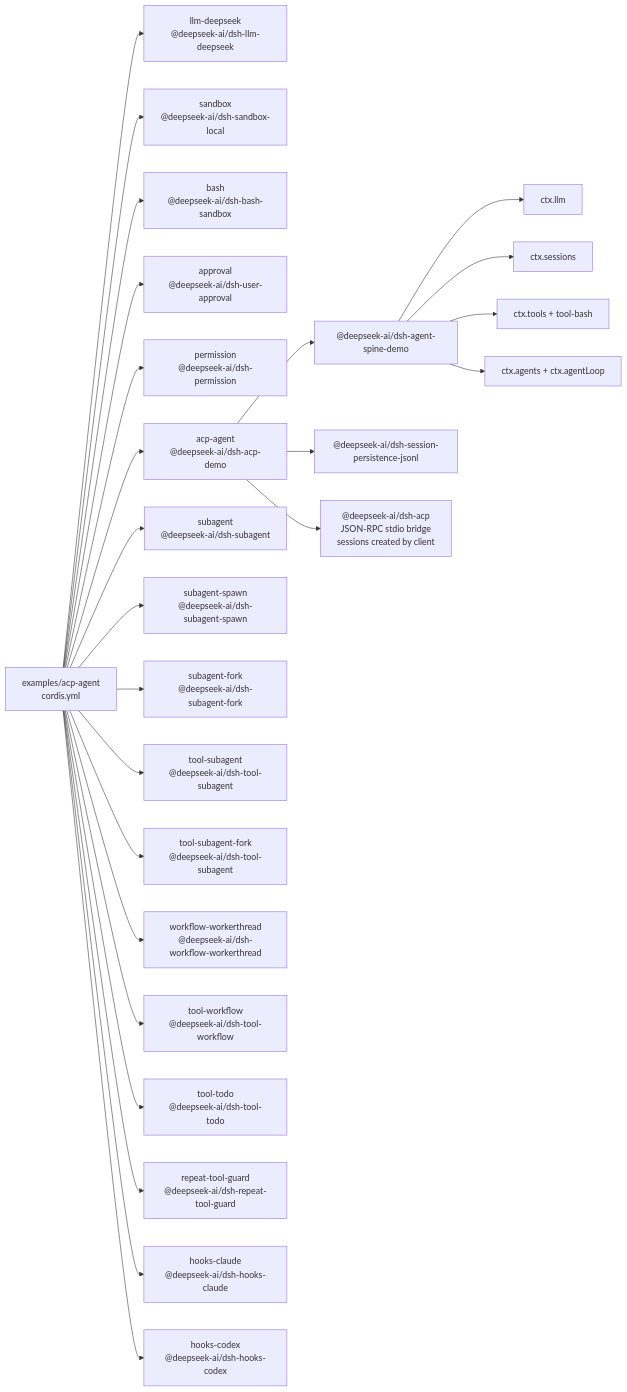
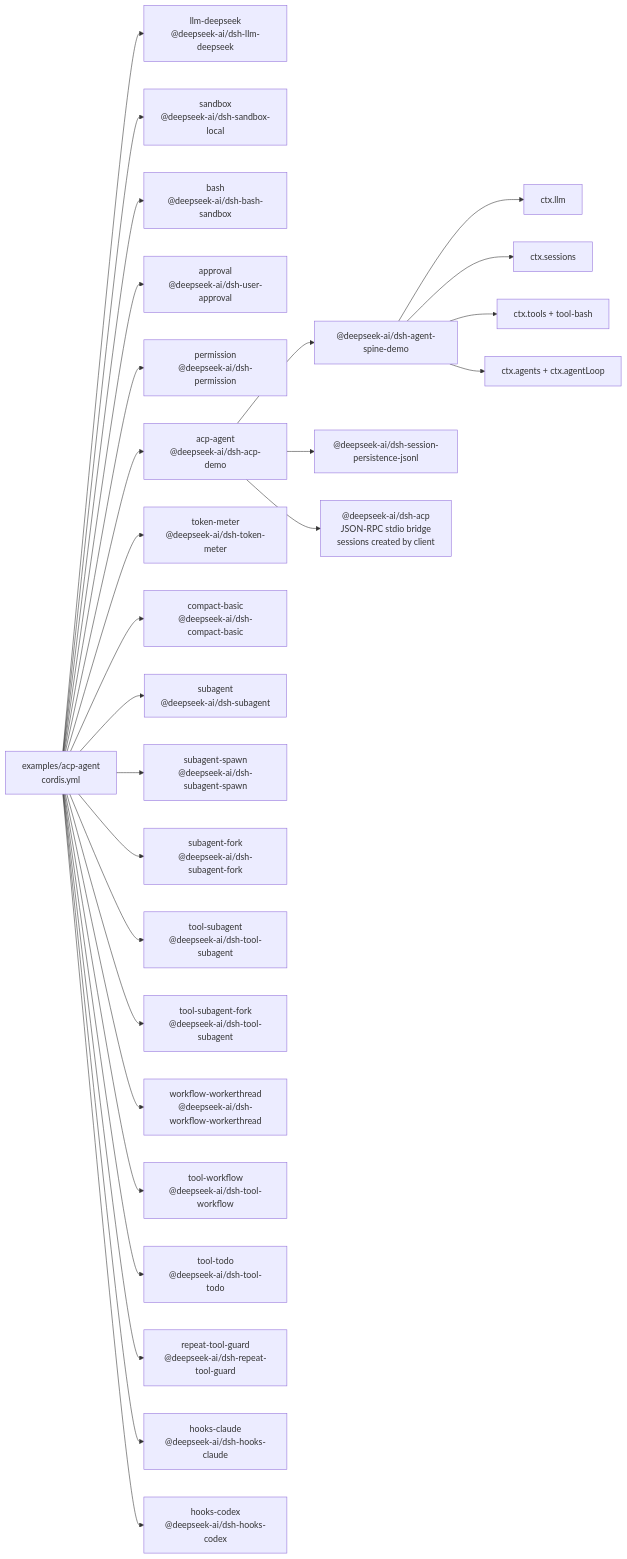
The diagram in examples/acp-agent/composition.md (eru123/coco-harness), drawn with Mermaid before and after one commit. The commit also changed other lines of this file and 1 other file, not shown here.

Commit message:
Merge pull request #327 from deepseek-harness/codex/acp-agent-auto-compaction
feat(acp): enable automatic compaction

````diff
--- a/examples/acp-agent/composition.md
+++ b/examples/acp-agent/composition.md
@@ -8,45 +8,49 @@
 ```mermaid
 flowchart LR
   cfg["examples/acp-agent<br/>cordis.yml"]
   plugin_acp_llm_deepseek["llm-deepseek<br/>@deepseek-ai/dsh-llm-deepseek"]
   cfg --> plugin_acp_llm_deepseek
   plugin_acp_sandbox["sandbox<br/>@deepseek-ai/dsh-sandbox-local"]
   cfg --> plugin_acp_sandbox
   plugin_acp_bash["bash<br/>@deepseek-ai/dsh-bash-sandbox"]
   cfg --> plugin_acp_bash
   plugin_acp_approval["approval<br/>@deepseek-ai/dsh-user-approval"]
   cfg --> plugin_acp_approval
   plugin_acp_permission["permission<br/>@deepseek-ai/dsh-permission"]
   cfg --> plugin_acp_permission
   plugin_acp_acp_agent["acp-agent<br/>@deepseek-ai/dsh-acp-demo"]
   cfg --> plugin_acp_acp_agent
   plugin_acp_acp_agent --> bundle_agent_core["@deepseek-ai/dsh-agent-spine-demo"]
   plugin_acp_acp_agent --> bundle_jsonl["@deepseek-ai/dsh-session-persistence-jsonl"]
   plugin_acp_acp_agent --> frontdoor_acp["@deepseek-ai/dsh-acp<br/>JSON-RPC stdio bridge<br/>sessions created by client"]
   bundle_agent_core --> spine_llm["ctx.llm"]
   bundle_agent_core --> spine_sessions["ctx.sessions"]
   bundle_agent_core --> spine_tools["ctx.tools + tool-bash"]
   bundle_agent_core --> spine_loop["ctx.agents + ctx.agentLoop"]
+  plugin_acp_token_meter["token-meter<br/>@deepseek-ai/dsh-token-meter"]
+  cfg --> plugin_acp_token_meter
+  plugin_acp_compact_basic["compact-basic<br/>@deepseek-ai/dsh-compact-basic"]
+  cfg --> plugin_acp_compact_basic
   plugin_acp_subagent["subagent<br/>@deepseek-ai/dsh-subagent"]
   cfg --> plugin_acp_subagent
   plugin_acp_subagent_spawn["subagent-spawn<br/>@deepseek-ai/dsh-subagent-spawn"]
   cfg --> plugin_acp_subagent_spawn
   plugin_acp_subagent_fork["subagent-fork<br/>@deepseek-ai/dsh-subagent-fork"]
   cfg --> plugin_acp_subagent_fork
   plugin_acp_tool_subagent["tool-subagent<br/>@deepseek-ai/dsh-tool-subagent"]
   cfg --> plugin_acp_tool_subagent
   plugin_acp_tool_subagent_fork["tool-subagent-fork<br/>@deepseek-ai/dsh-tool-subagent"]
   cfg --> plugin_acp_tool_subagent_fork
   plugin_acp_workflow_workerthread["workflow-workerthread<br/>@deepseek-ai/dsh-workflow-workerthread"]
   cfg --> plugin_acp_workflow_workerthread
   plugin_acp_tool_workflow["tool-workflow<br/>@deepseek-ai/dsh-tool-workflow"]
   cfg --> plugin_acp_tool_workflow
   plugin_acp_tool_todo["tool-todo<br/>@deepseek-ai/dsh-tool-todo"]
   cfg --> plugin_acp_tool_todo
   plugin_acp_repeat_tool_guard["repeat-tool-guard<br/>@deepseek-ai/dsh-repeat-tool-guard"]
   cfg --> plugin_acp_repeat_tool_guard
   plugin_acp_hooks_claude["hooks-claude<br/>@deepseek-ai/dsh-hooks-claude"]
   cfg --> plugin_acp_hooks_claude
   plugin_acp_hooks_codex["hooks-codex<br/>@deepseek-ai/dsh-hooks-codex"]
   cfg --> plugin_acp_hooks_codex
 ```
````
